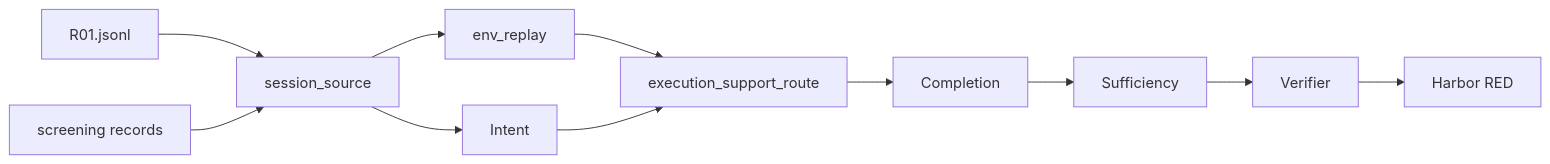
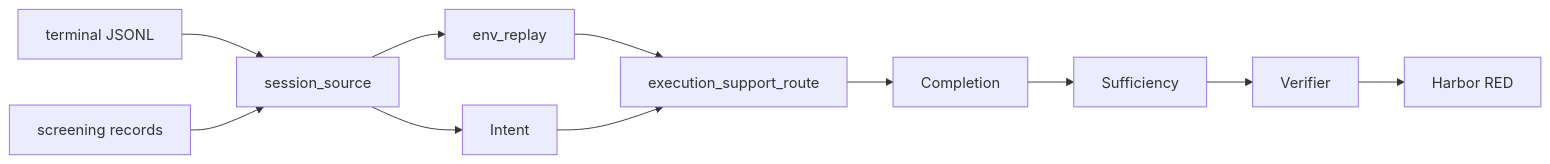
The diagram in docs/rebuild-live-map.md (botwu/Reconstruction), drawn with Mermaid before and after one commit. The commit also changed other lines of this file and 9 other files, not shown here.

````diff
--- a/docs/rebuild-live-map.md
+++ b/docs/rebuild-live-map.md
@@ -29,23 +39,23 @@
 ```mermaid
 flowchart LR
-  jsonl[R01.jsonl]
+  jsonl[terminal JSONL]
   records[screening records]
   source[session_source]
   replay[env_replay]
   intent[Intent]
   route[execution_support_route]
   completion[Completion]
   suff[Sufficiency]
   ver[Verifier]
   harbor[Harbor RED]
   jsonl --> source
   records --> source
   source --> replay
   source --> intent
   replay --> route
   intent --> route
   route --> completion
   completion --> suff
   suff --> ver
   ver --> harbor
 ```
````
